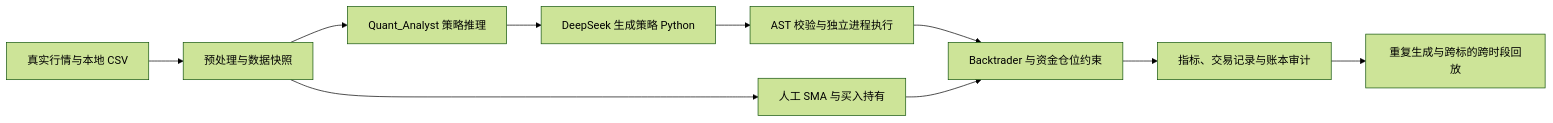
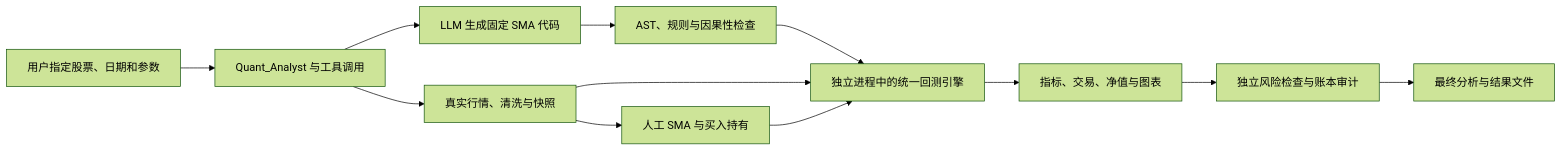
Before and after one commit to Li018/Finrobot_MFM5110FinalProject_V2: the diagram in README.md, drawn with Mermaid (forest theme). The commit also changed other lines of this file and 2 other files, not shown here.

````diff
--- a/README.md
+++ b/README.md
@@ -82,12 +313,14 @@
 ```mermaid
 flowchart LR
-    A[真实行情与本地 CSV] --> B[预处理与数据快照]
-    B --> C[Quant_Analyst 策略推理]
-    C --> D[DeepSeek 生成策略 Python]
-    D --> E[AST 校验与独立进程执行]
-    E --> F[Backtrader 与资金仓位约束]
-    B --> H[人工 SMA 与买入持有]
-    H --> F
-    F --> G[指标、交易记录与账本审计]
-    G --> I[重复生成与跨标的跨时段回放]
+    U[用户指定股票、日期和参数] --> Q[Quant_Analyst 与工具调用]
+    Q --> D[真实行情、清洗与快照]
+    D --> M[人工 SMA 与买入持有]
+    Q --> L[LLM 生成固定 SMA 代码]
+    L --> V[AST、规则与因果性检查]
+    V --> E[独立进程中的统一回测引擎]
+    D --> E
+    M --> E
+    E --> R[指标、交易、净值与图表]
+    R --> A[独立风险检查与账本审计]
+    A --> O[最终分析与结果文件]
 ```
````
